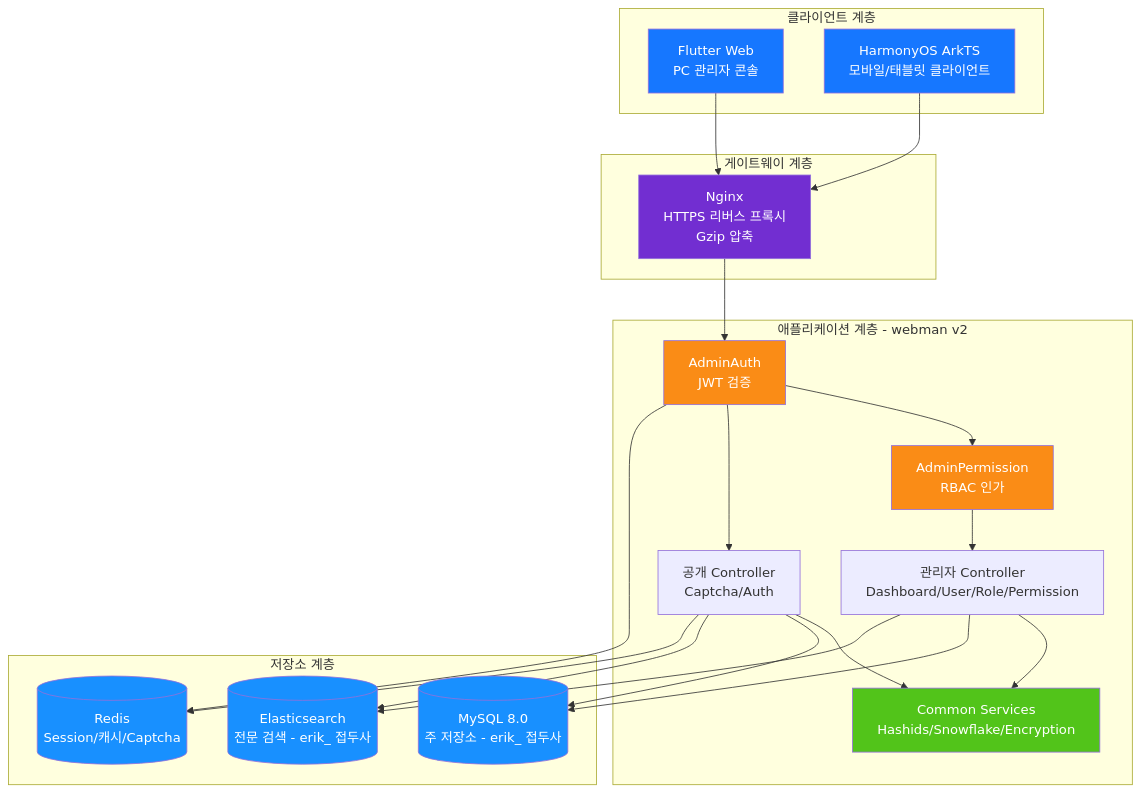
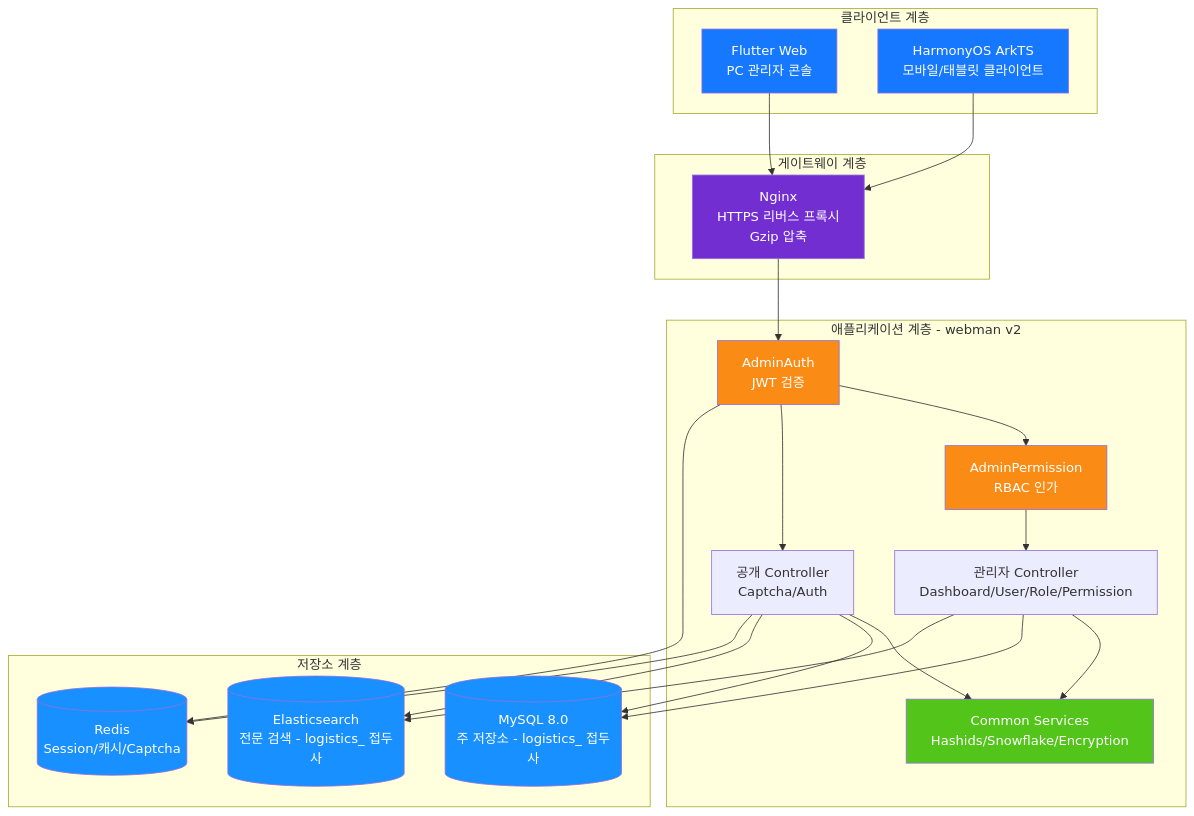
One commit to erikwang2013/integrated-global-logistics changed the diagram in admin/docs/diagrams/01-system-architecture.ko.md. Above: the diagram before and after it, drawn with Mermaid. The commit also changed 211 other files, not shown here.

````diff
--- a/admin/docs/diagrams/01-system-architecture.ko.md
+++ b/admin/docs/diagrams/01-system-architecture.ko.md
@@ -7,50 +7,50 @@
 ```mermaid
 flowchart TB
     subgraph clients["클라이언트 계층"]
         flutter["Flutter Web<br/>PC 관리자 콘솔"]
         harmony["HarmonyOS ArkTS<br/>모바일/태블릿 클라이언트"]
     end
 
     subgraph gateway["게이트웨이 계층"]
         nginx["Nginx<br/>HTTPS 리버스 프록시<br/>Gzip 압축"]
     end
 
     subgraph app["애플리케이션 계층 - webman v2"]
         auth["AdminAuth<br/>JWT 검증"]
         perm["AdminPermission<br/>RBAC 인가"]
         admin["관리자 Controller<br/>Dashboard/User/Role/Permission"]
         public["공개 Controller<br/>Captcha/Auth"]
         common["Common Services<br/>Hashids/Snowflake/Encryption"]
     end
 
     subgraph storage["저장소 계층"]
-        mysql[("MySQL 8.0<br/>주 저장소 - erik_ 접두사")]
-        es[("Elasticsearch<br/>전문 검색 - erik_ 접두사")]
+        mysql[("MySQL 8.0<br/>주 저장소 - logistics_ 접두사")]
+        es[("Elasticsearch<br/>전문 검색 - logistics_ 접두사")]
         redis[("Redis<br/>Session/캐시/Captcha")]
     end
 
     flutter --> nginx
     harmony --> nginx
     nginx --> auth
     auth --> perm
     perm --> admin
     auth --> public
     admin --> common
     public --> common
     admin --> mysql
     public --> mysql
     admin --> es
     public --> es
     auth --> redis
     public --> redis
 
     style flutter fill:#1677FF,color:#fff
     style harmony fill:#1677FF,color:#fff
     style nginx fill:#722ED1,color:#fff
     style auth fill:#FA8C16,color:#fff
     style perm fill:#FA8C16,color:#fff
     style common fill:#52C41A,color:#fff
     style mysql fill:#1890FF,color:#fff
     style es fill:#1890FF,color:#fff
     style redis fill:#1890FF,color:#fff
 ```
````
